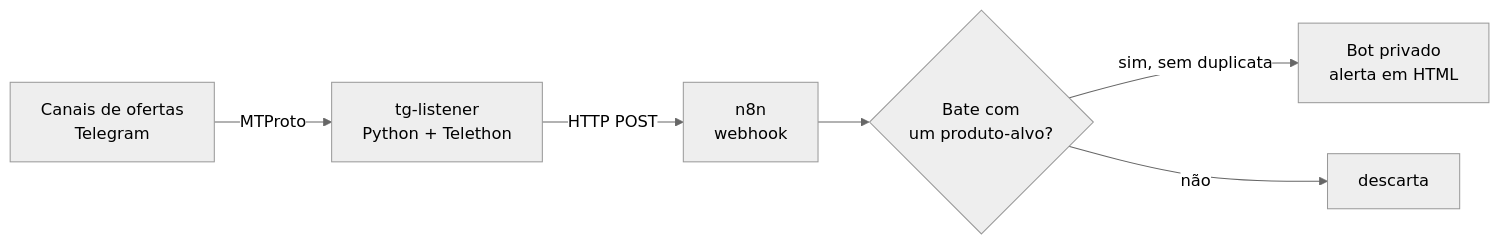
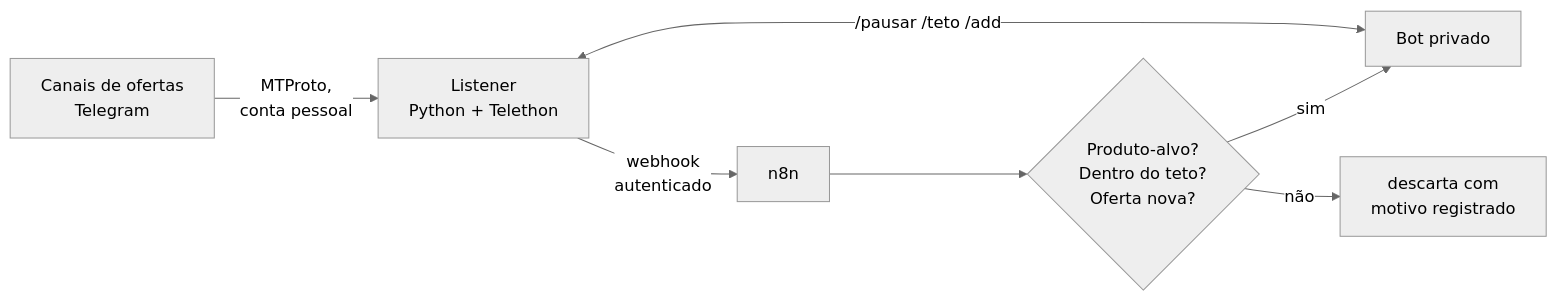
The diagram in README.md (domcabral9/blackfriday-deal-radar), drawn with Mermaid (neutral theme) before and after one commit. The commit also changed other lines of this file and 3 other files, not shown here.

Commit message:
README de portfólio com prints do bot, decisões técnicas e validação

````diff
--- a/README.md
+++ b/README.md
@@ -13,8 +26,9 @@
 ```mermaid
 flowchart LR
-    A[Canais de ofertas<br/>Telegram] -->|MTProto| B[tg-listener<br/>Python + Telethon]
-    B -->|HTTP POST| C[n8n<br/>webhook]
-    C --> D{Bate com<br/>um produto-alvo?}
-    D -->|sim, sem duplicata| E[Bot privado<br/>alerta em HTML]
-    D -->|não| F[descarta]
+    C[Canais de ofertas<br/>Telegram] -->|MTProto,<br/>conta pessoal| L[Listener<br/>Python + Telethon]
+    L -->|webhook<br/>autenticado| N[n8n]
+    N --> M{Produto-alvo?<br/>Dentro do teto?<br/>Oferta nova?}
+    M -->|sim| B[Bot privado]
+    M -->|não| X[descarta com<br/>motivo registrado]
+    B <-->|/pausar /teto /add| L
 ```
````
